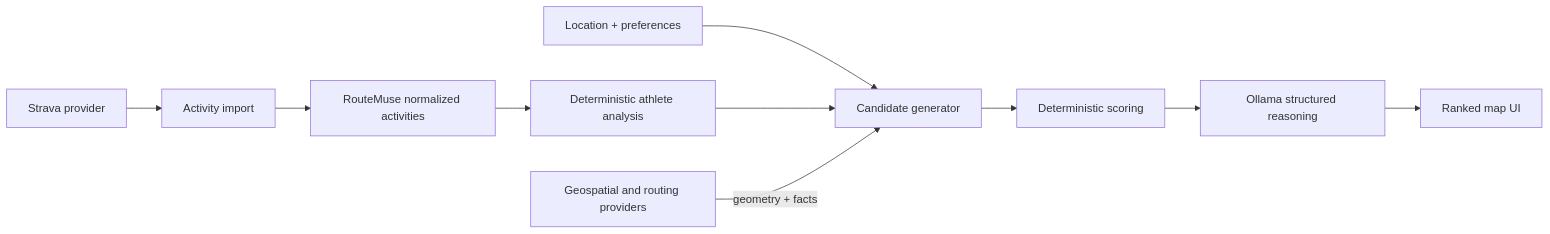
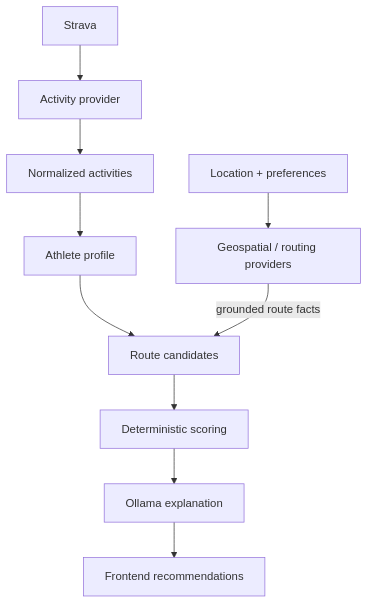
Before and after one commit to PooriaT/RouteMuse: the diagram in docs/architecture.md, drawn with Mermaid. The commit also changed other lines of this file and 6 other files, not shown here.

Commit message:
Add reproducible development tooling and architecture docs

````diff
--- a/docs/architecture.md
+++ b/docs/architecture.md
@@ -5,12 +5,12 @@
 ```mermaid
-flowchart LR
-  S[Strava provider] --> I[Activity import]
-  I --> N[RouteMuse normalized activities]
-  N --> A[Deterministic athlete analysis]
-  L[Location + preferences] --> G[Candidate generator]
-  A --> G
-  P[Geospatial and routing providers] -->|geometry + facts| G
-  G --> C[Deterministic scoring]
-  C --> O[Ollama structured reasoning]
-  O --> U[Ranked map UI]
+flowchart TD
+  S[Strava] --> AP[Activity provider]
+  AP --> N[Normalized activities]
+  N --> A[Athlete profile]
+  A --> RC[Route candidates]
+  L[Location + preferences] --> GP[Geospatial / routing providers]
+  GP -->|grounded route facts| RC
+  RC --> D[Deterministic scoring]
+  D --> O[Ollama explanation]
+  O --> U[Frontend recommendations]
 ```
````
